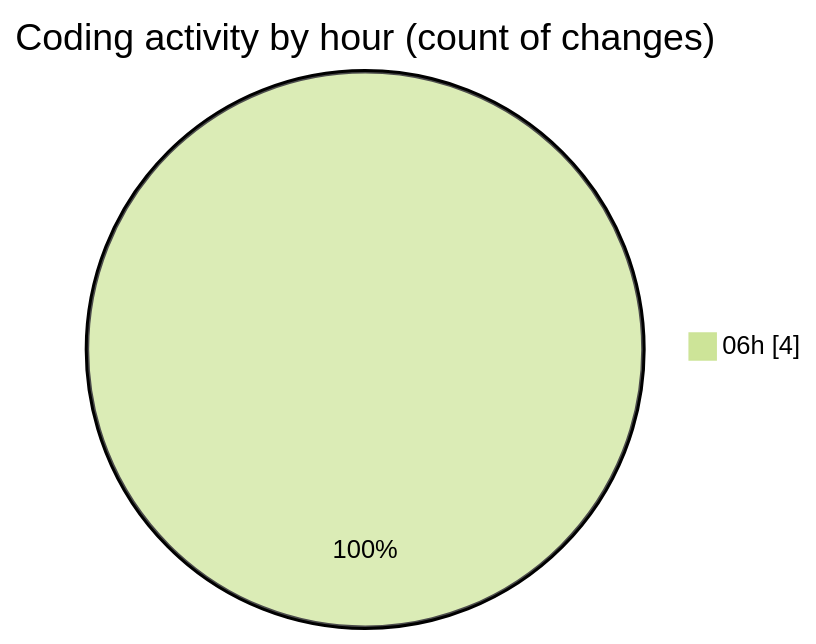
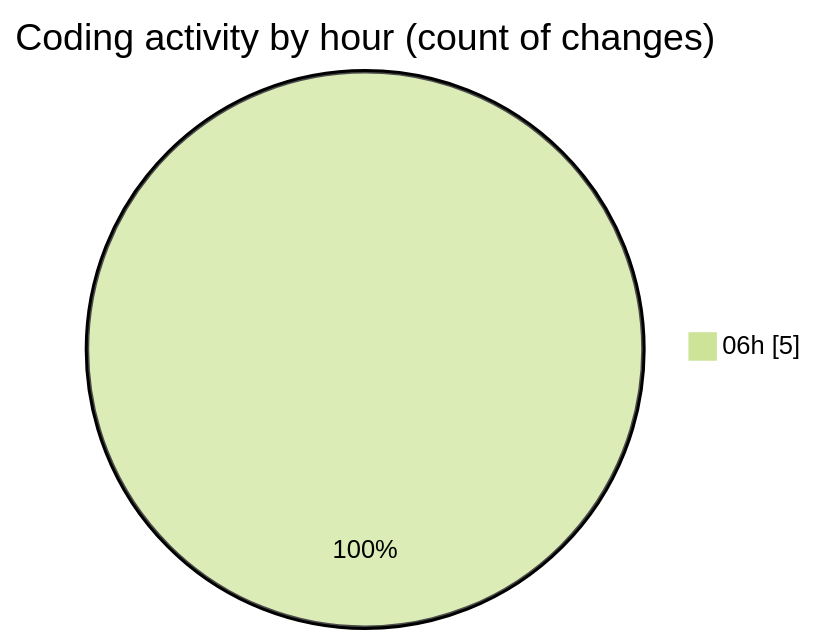
One commit to vahidmafi/code-tracking changed the second of 2 diagrams in 2025-08-26/shop/README.md. Above: the diagram before and after it, drawn with Mermaid (forest theme). The commit also changed other lines of this file and 1 other file, not shown here.

````diff
--- a/2025-08-26/shop/README.md
+++ b/2025-08-26/shop/README.md
@@ -29,5 +29,5 @@
 ```mermaid
 pie showData
 title Coding activity by hour (count of changes)
-"06h" : 4
+"06h" : 5
 ```
````
